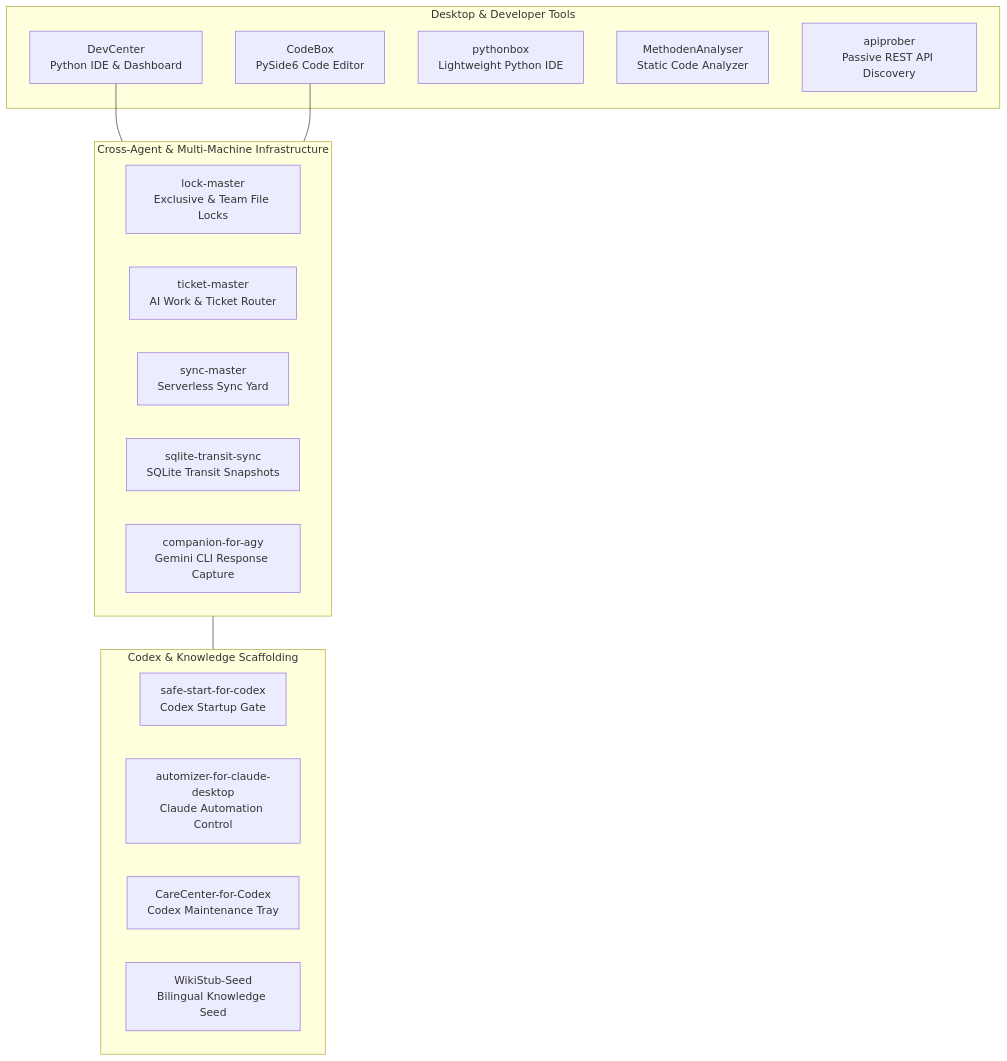
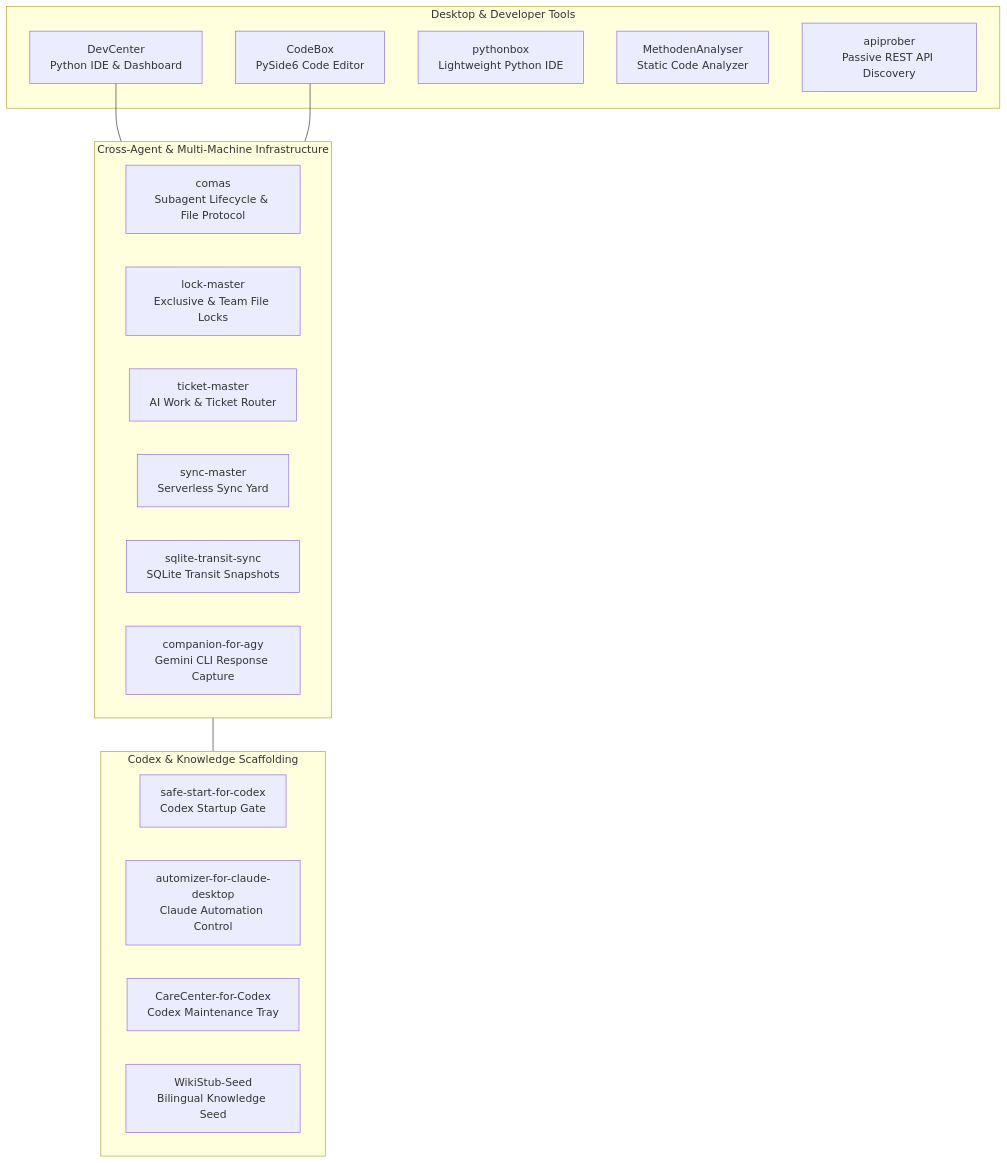
Before and after one commit to dev-bricks/.github: the diagram in profile/README.md, drawn with Mermaid. The commit also changed other lines of this file and 4 other files, not shown here.

````diff
--- a/profile/README.md
+++ b/profile/README.md
@@ -73,29 +77,30 @@
 ```mermaid
 flowchart TD
   subgraph IDE["Desktop & Developer Tools"]
     DC["DevCenter<br/>Python IDE & Dashboard"]
     CB["CodeBox<br/>PySide6 Code Editor"]
     PB["pythonbox<br/>Lightweight Python IDE"]
     MA["MethodenAnalyser<br/>Static Code Analyzer"]
     AP["apiprober<br/>Passive REST API Discovery"]
   end
 
   subgraph INFRA["Cross-Agent & Multi-Machine Infrastructure"]
+    COM["comas<br/>Subagent Lifecycle & File Protocol"]
     LM["lock-master<br/>Exclusive & Team File Locks"]
     TM["ticket-master<br/>AI Work & Ticket Router"]
     SM["sync-master<br/>Serverless Sync Yard"]
     STS["sqlite-transit-sync<br/>SQLite Transit Snapshots"]
     AGY["companion-for-agy<br/>Gemini CLI Response Capture"]
   end
 
   subgraph AGENT["Codex & Knowledge Scaffolding"]
     SSC["safe-start-for-codex<br/>Codex Startup Gate"]
     ACD["automizer-for-claude-desktop<br/>Claude Automation Control"]
     CCC["CareCenter-for-Codex<br/>Codex Maintenance Tray"]
     WSS["WikiStub-Seed<br/>Bilingual Knowledge Seed"]
   end
 
   DC --- INFRA
   CB --- INFRA
   INFRA --- AGENT
 ```
````
